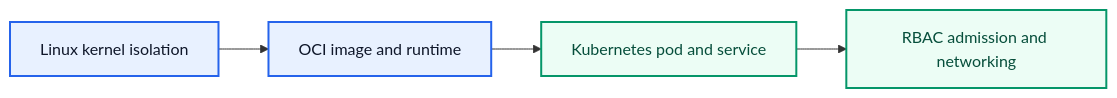
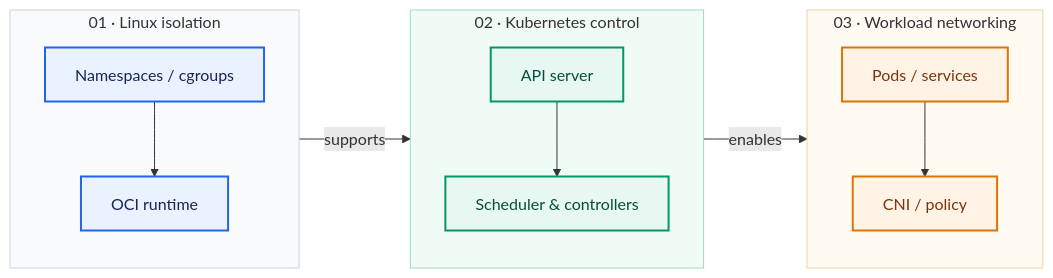
The diagram in book/01-foundations/diagram.mmd (platform-engineering-labz/platform-engineering), drawn with Mermaid before and after one commit. The commit also changed 3 other files, not shown here.

Commit message:
docs: restructure handbook, foundations and infrastructure overview diagrams

```diff
--- a/book/01-foundations/diagram.mmd
+++ b/book/01-foundations/diagram.mmd
@@ -1,12 +1,24 @@
 flowchart LR
-  N0["Linux kernel isolation"]
-  N1["OCI image and runtime"]
-  N0 --> N1
-  N2["Kubernetes pod and service"]
-  N1 --> N2
-  N3["RBAC admission and networking"]
-  N2 --> N3
-  classDef core fill:#E8F1FF,stroke:#2563EB,stroke-width:2px,color:#0F172A
-  classDef stage fill:#ECFDF5,stroke:#059669,stroke-width:2px,color:#064E3B
-  class N0,N1 core
-  class N2,N3 stage
+ subgraph S1["01 · Linux isolation"]
+  direction TB
+  A["Namespaces / cgroups"] --> B["OCI runtime"]
+ end
+ subgraph S2["02 · Kubernetes control"]
+  direction TB
+  C["API server"] --> D["Scheduler & controllers"]
+ end
+ subgraph S3["03 · Workload networking"]
+  direction TB
+  E["Pods / services"] --> F["CNI / policy"]
+ end
+ B -->|"supports"| C
+ D -->|"enables"| E
+ classDef blue fill:#EAF2FF,stroke:#2563EB,stroke-width:2px,color:#172554
+ classDef teal fill:#E7F7F1,stroke:#059669,stroke-width:2px,color:#064E3B
+ classDef amber fill:#FFF3E5,stroke:#D97706,stroke-width:2px,color:#78350F
+ class A,B blue
+ class C,D teal
+ class E,F amber
+ style S1 fill:#F8FAFC,stroke:#CBD5E1
+ style S2 fill:#F0FBF6,stroke:#A3D9C0
+ style S3 fill:#FFFAF2,stroke:#F0D4A2
```
